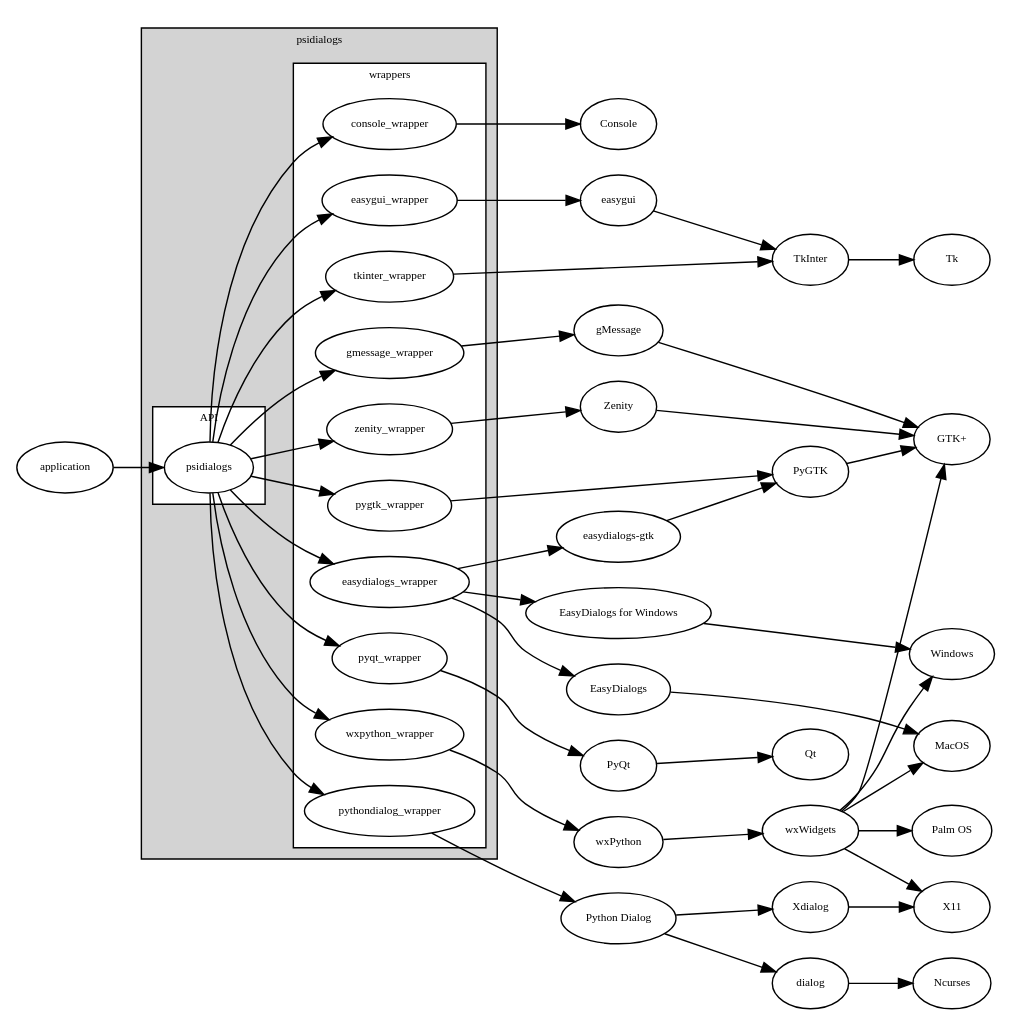
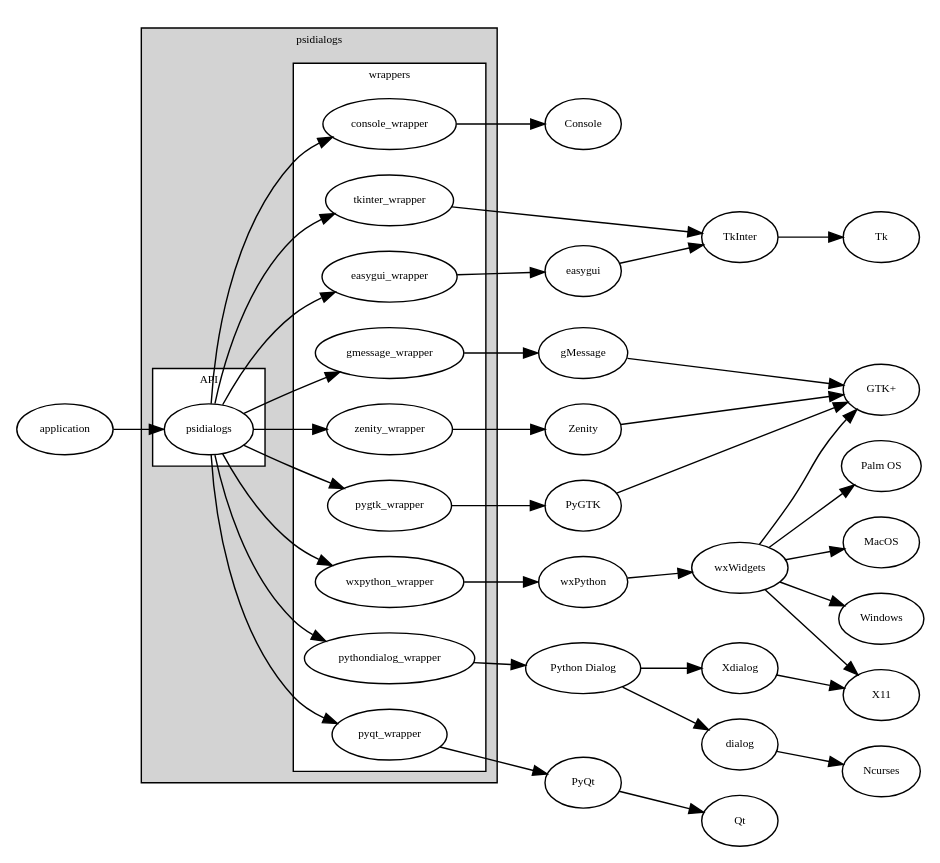
Before and after one commit to ponty/psidialogs: the diagram in hierarchy.dot, drawn with Graphviz. The commit also changed 6 other files, not shown here.

```diff
--- a/hierarchy.dot
+++ b/hierarchy.dot
@@ -1,56 +1,51 @@
 digraph G {
 rankdir=LR;
 node [fontsize=8];
 fontsize=8;
 
 subgraph cluster_0 {
 	label = "psidialogs";
 	style=filled;
 	fillcolor=lightgrey;
 	subgraph cluster_1 {
 		label = "API";
 		style=filled;
 		fillcolor=white;
 
 		psidialogs;
 	}
 	subgraph cluster_2 {
 		style=filled;
 		fillcolor=white;
 		label = "wrappers";
 
 		psidialogs -> console_wrapper;
 		psidialogs -> easygui_wrapper;
-		psidialogs -> easydialogs_wrapper;
 		psidialogs -> gmessage_wrapper;
 		psidialogs -> pygtk_wrapper;
 		psidialogs -> pyqt_wrapper;
 		psidialogs -> pythondialog_wrapper;
 		psidialogs -> tkinter_wrapper;
 		psidialogs -> wxpython_wrapper;
 		psidialogs -> zenity_wrapper;
 	}
 }
 console_wrapper -> Console;
 easygui_wrapper -> easygui -> TkInter -> Tk;
 gmessage_wrapper -> gMessage -> "GTK+";
 pyqt_wrapper -> PyQt -> Qt;
 pythondialog_wrapper -> "Python Dialog" -> Xdialog -> X11;
 "Python Dialog"  -> dialog -> Ncurses;
 tkinter_wrapper -> TkInter;
 zenity_wrapper -> Zenity -> "GTK+";
 
 pygtk_wrapper -> PyGTK -> "GTK+";
 wxpython_wrapper -> wxPython -> wxWidgets;
 wxWidgets -> "GTK+";
 wxWidgets -> MacOS;
 wxWidgets -> Windows;
 wxWidgets -> "Palm OS";
 wxWidgets -> X11;
 
 application -> psidialogs;
-
-easydialogs_wrapper -> EasyDialogs -> MacOS;
-easydialogs_wrapper -> "easydialogs-gtk" -> PyGTK;
-easydialogs_wrapper -> "EasyDialogs for Windows" -> Windows;
 }
```
